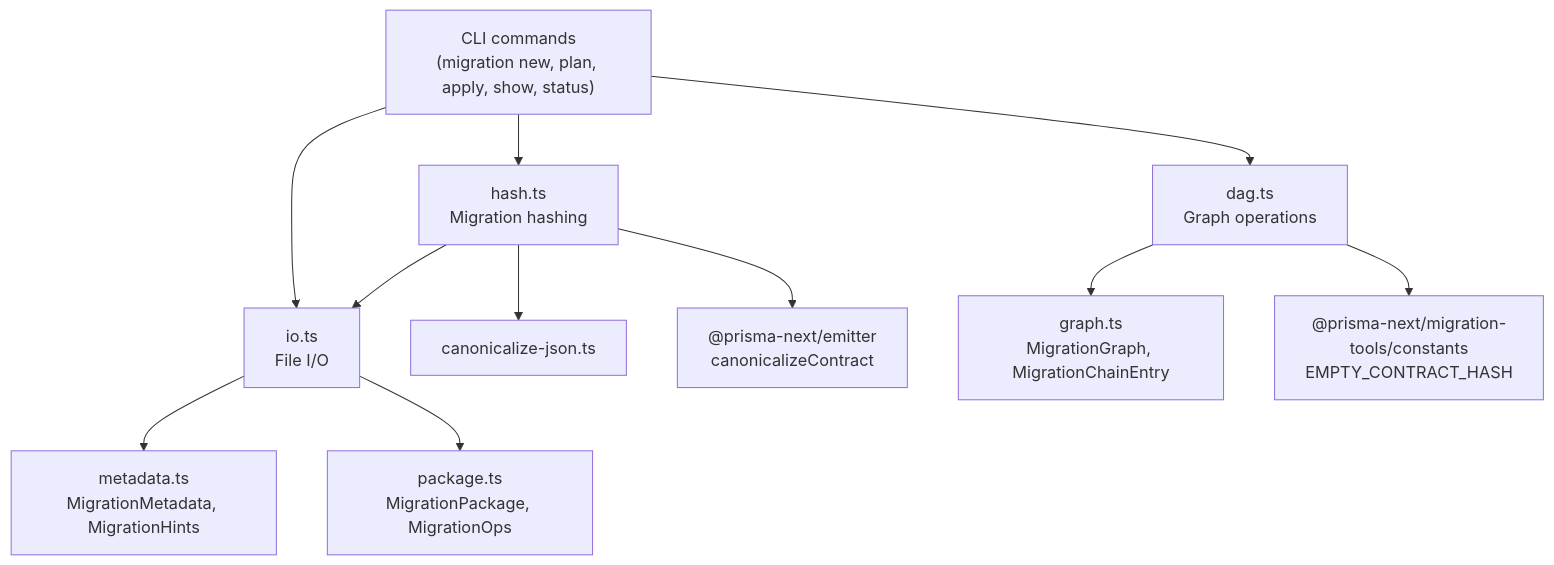
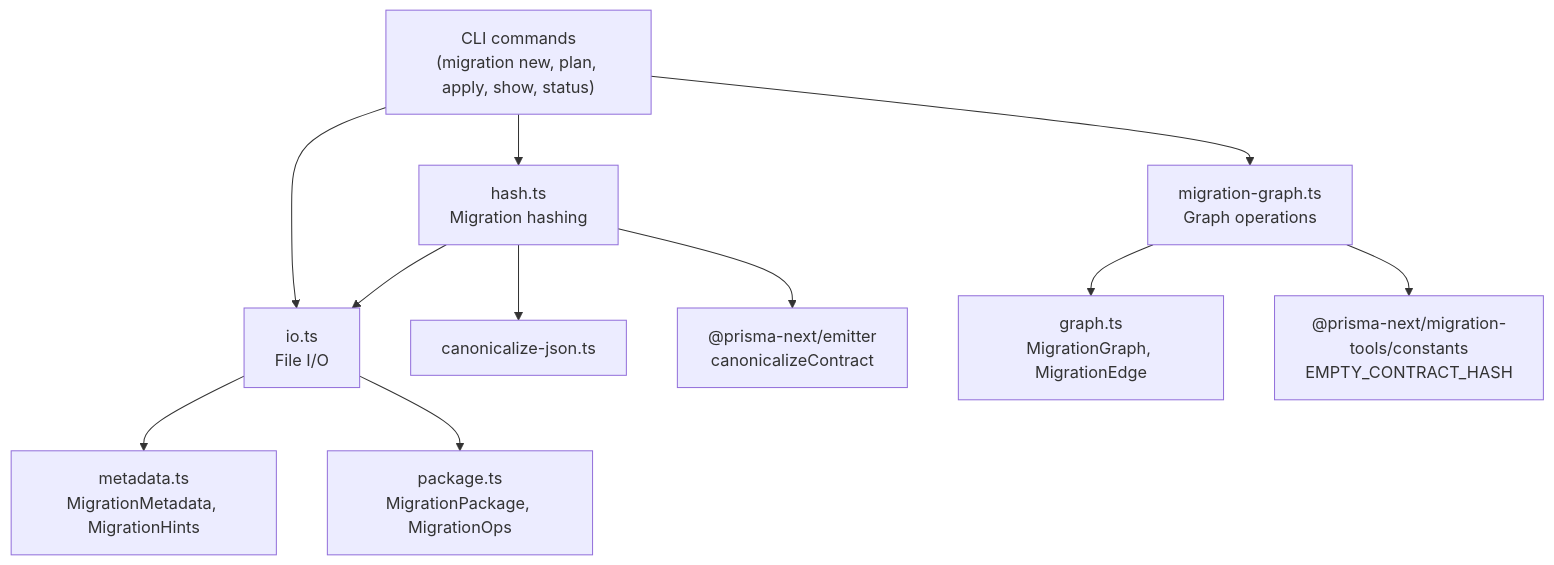
One commit to prisma/prisma-next changed the diagram in packages/1-framework/3-tooling/migration/README.md. Above: the diagram before and after it, drawn with Mermaid. The commit also changed other lines of this file and 22 other files, not shown here.

````diff
--- a/packages/1-framework/3-tooling/migration/README.md
+++ b/packages/1-framework/3-tooling/migration/README.md
@@ -45,13 +45,13 @@
 ```mermaid
 graph TD
     CLI["CLI commands<br/>(migration new, plan, apply, show, status)"] --> IO["io.ts<br/>File I/O"]
     CLI --> HASH["hash.ts<br/>Migration hashing"]
-    CLI --> GRAPH["dag.ts<br/>Graph operations"]
+    CLI --> GRAPH["migration-graph.ts<br/>Graph operations"]
     IO --> META["metadata.ts<br/>MigrationMetadata, MigrationHints"]
     IO --> PKG["package.ts<br/>MigrationPackage, MigrationOps"]
     HASH --> IO
     HASH --> CAN["canonicalize-json.ts"]
     HASH --> CP["@prisma-next/emitter<br/>canonicalizeContract"]
-    GRAPH --> GR["graph.ts<br/>MigrationGraph, MigrationChainEntry"]
+    GRAPH --> GR["graph.ts<br/>MigrationGraph, MigrationEdge"]
     GRAPH --> ABS["@prisma-next/migration-tools/constants<br/>EMPTY_CONTRACT_HASH"]
 ```
````
